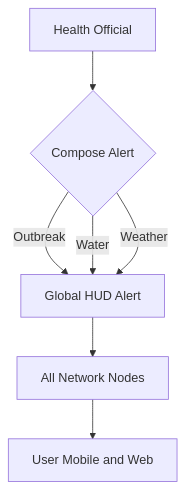
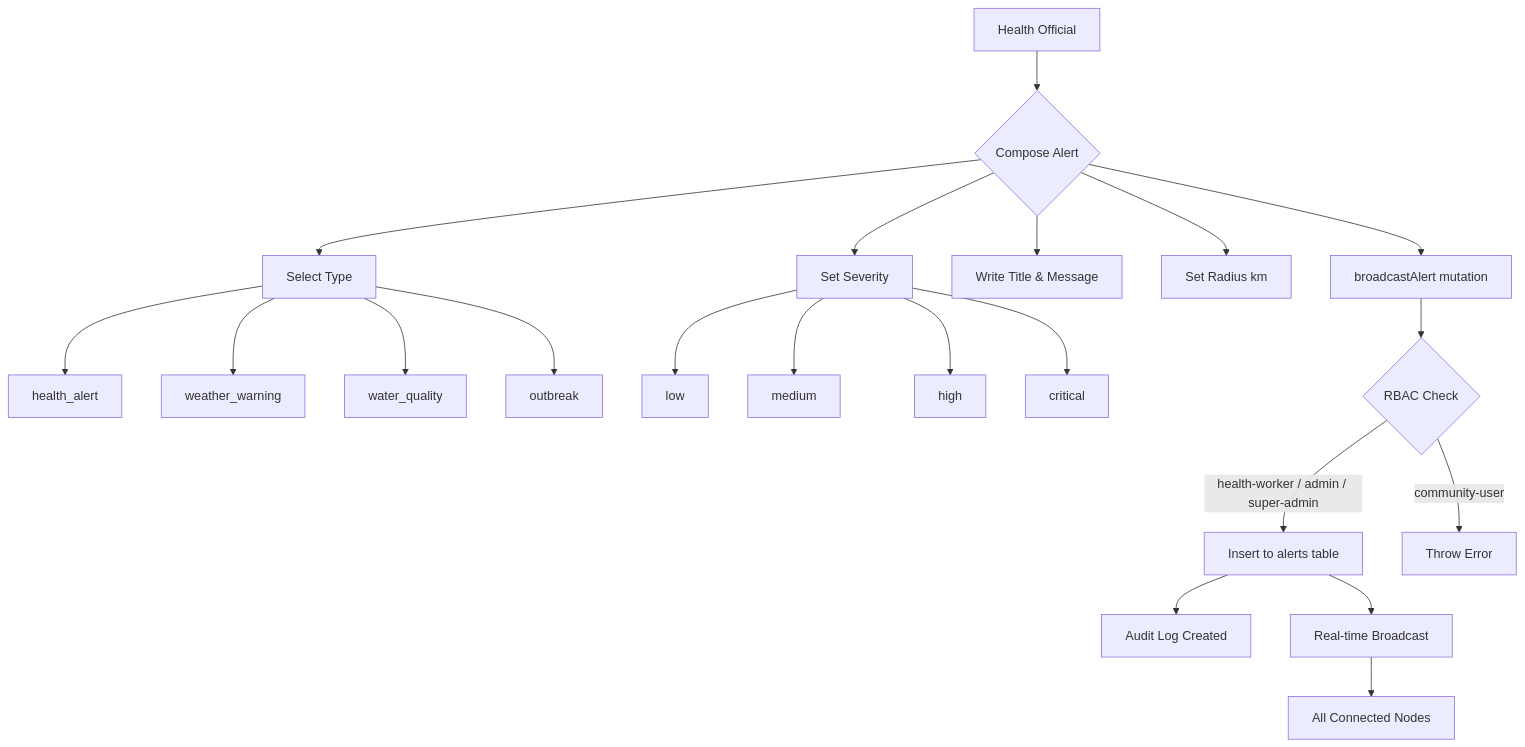
The seventh of 16 diagrams in README.md (ArrinPaul/HealthNex), drawn with Mermaid before and after one commit. The commit also changed other lines of this file, not shown here.

````diff
--- a/README.md
+++ b/README.md
@@ -127,9 +382,26 @@
 ```mermaid
 flowchart TD
     A[Health Official] --> B{Compose Alert}
-    B -->|Outbreak| C[Global HUD Alert]
-    B -->|Water| C
-    B -->|Weather| C
-    C --> D[All Network Nodes]
-    D --> E[User Mobile and Web]
+    B --> C[Select Type]
+    B --> D[Set Severity]
+    B --> E[Write Title & Message]
+    B --> F[Set Radius km]
+
+    C --> G[health_alert]
+    C --> H[weather_warning]
+    C --> I[water_quality]
+    C --> J[outbreak]
+
+    D --> K[low]
+    D --> L[medium]
+    D --> M[high]
+    D --> N[critical]
+
+    B --> O[broadcastAlert mutation]
+    O --> P{RBAC Check}
+    P -->|health-worker / admin / super-admin| Q[Insert to alerts table]
+    P -->|community-user| R[Throw Error]
+    Q --> S[Audit Log Created]
+    Q --> T[Real-time Broadcast]
+    T --> U[All Connected Nodes]
 ```
````
